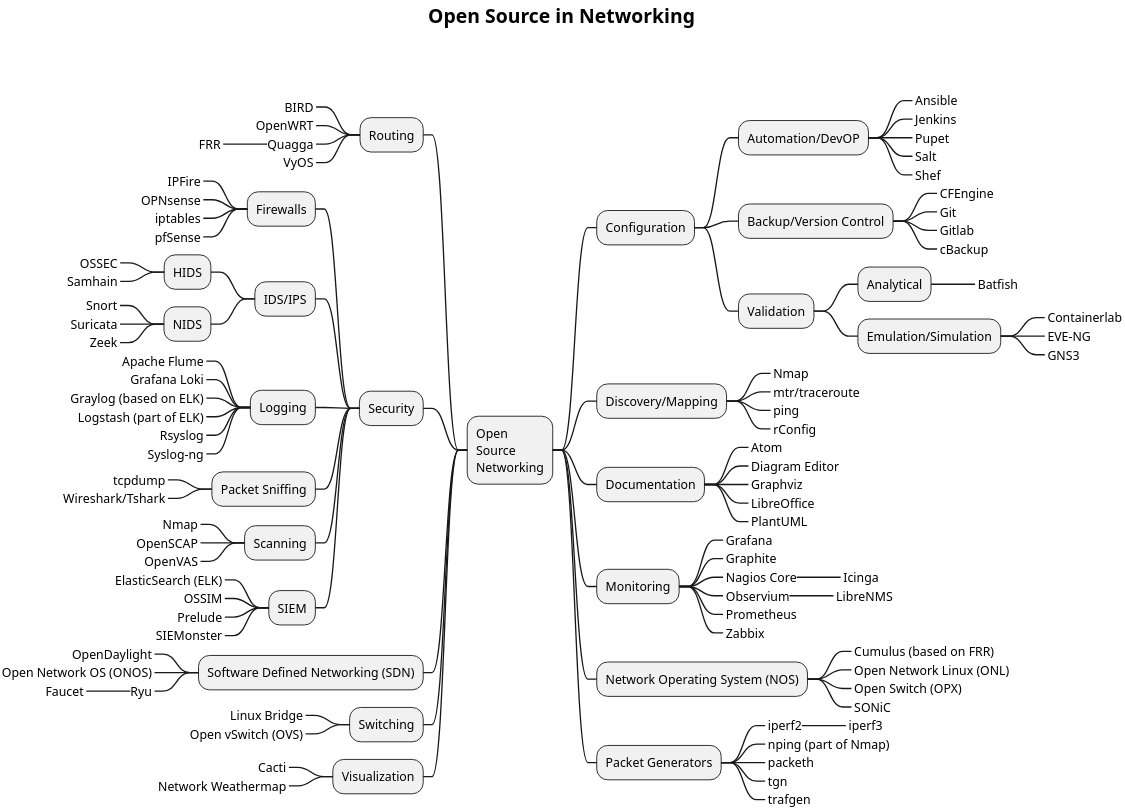
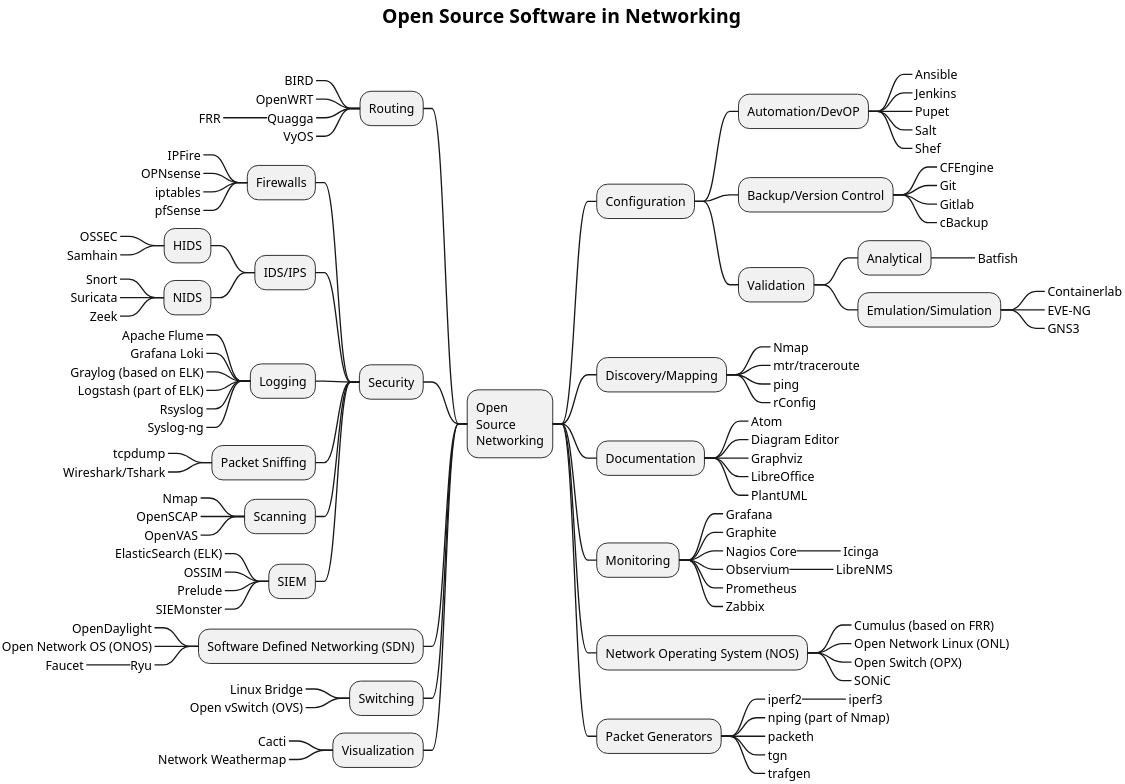
One commit to martimy/Open-Source-Networking changed the diagram in OpenSourceMindMap.md. Above: the diagram before and after it, drawn with PlantUML. The commit also changed 3 other files, not shown here.

```diff
--- a/OpenSourceMindMap.md
+++ b/OpenSourceMindMap.md
@@ -7,7 +7,8 @@
 @startmindmap
 scale 10
 skinparam titleFontSize 22
-title Open Source in Networking\n\n
+title Open Source Software in Networking\n
+
 <style>
 mindmapDiagram {
 LineThickness 1.5
```
